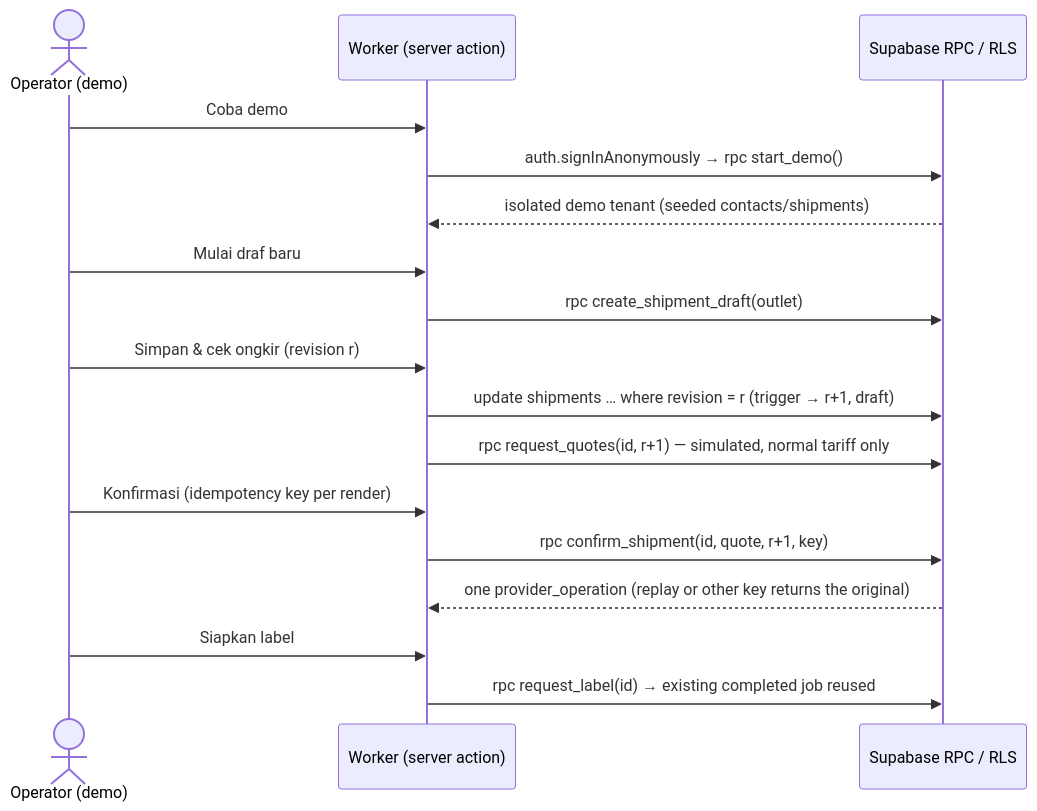
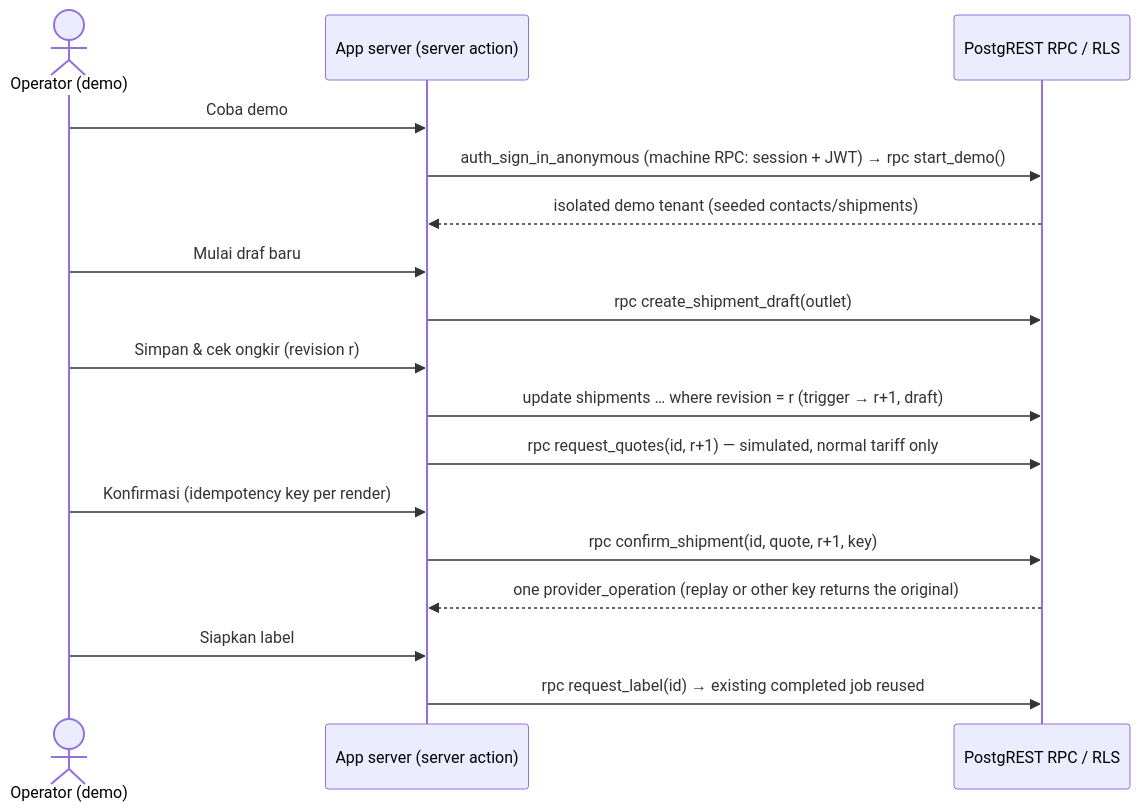
The fifth of 5 diagrams in ARCHITECTURE.md (ongkipro/geraiexpress), drawn with Mermaid before and after one commit. The commit also changed other lines of this file and 680 other files, not shown here.

````diff
--- a/ARCHITECTURE.md
+++ b/ARCHITECTURE.md
@@ -192,19 +588,19 @@
 ```mermaid
 sequenceDiagram
     actor Op as Operator (demo)
-    participant W as Worker (server action)
-    participant DB as Supabase RPC / RLS
+    participant W as App server (server action)
+    participant DB as PostgREST RPC / RLS
     Op->>W: Coba demo
-    W->>DB: auth.signInAnonymously → rpc start_demo()
+    W->>DB: auth_sign_in_anonymous (machine RPC: session + JWT) → rpc start_demo()
     DB-->>W: isolated demo tenant (seeded contacts/shipments)
     Op->>W: Mulai draf baru
     W->>DB: rpc create_shipment_draft(outlet)
     Op->>W: Simpan & cek ongkir (revision r)
     W->>DB: update shipments … where revision = r (trigger → r+1, draft)
     W->>DB: rpc request_quotes(id, r+1) — simulated, normal tariff only
     Op->>W: Konfirmasi (idempotency key per render)
     W->>DB: rpc confirm_shipment(id, quote, r+1, key)
     DB-->>W: one provider_operation (replay or other key returns the original)
     Op->>W: Siapkan label
     W->>DB: rpc request_label(id) → existing completed job reused
 ```
````
